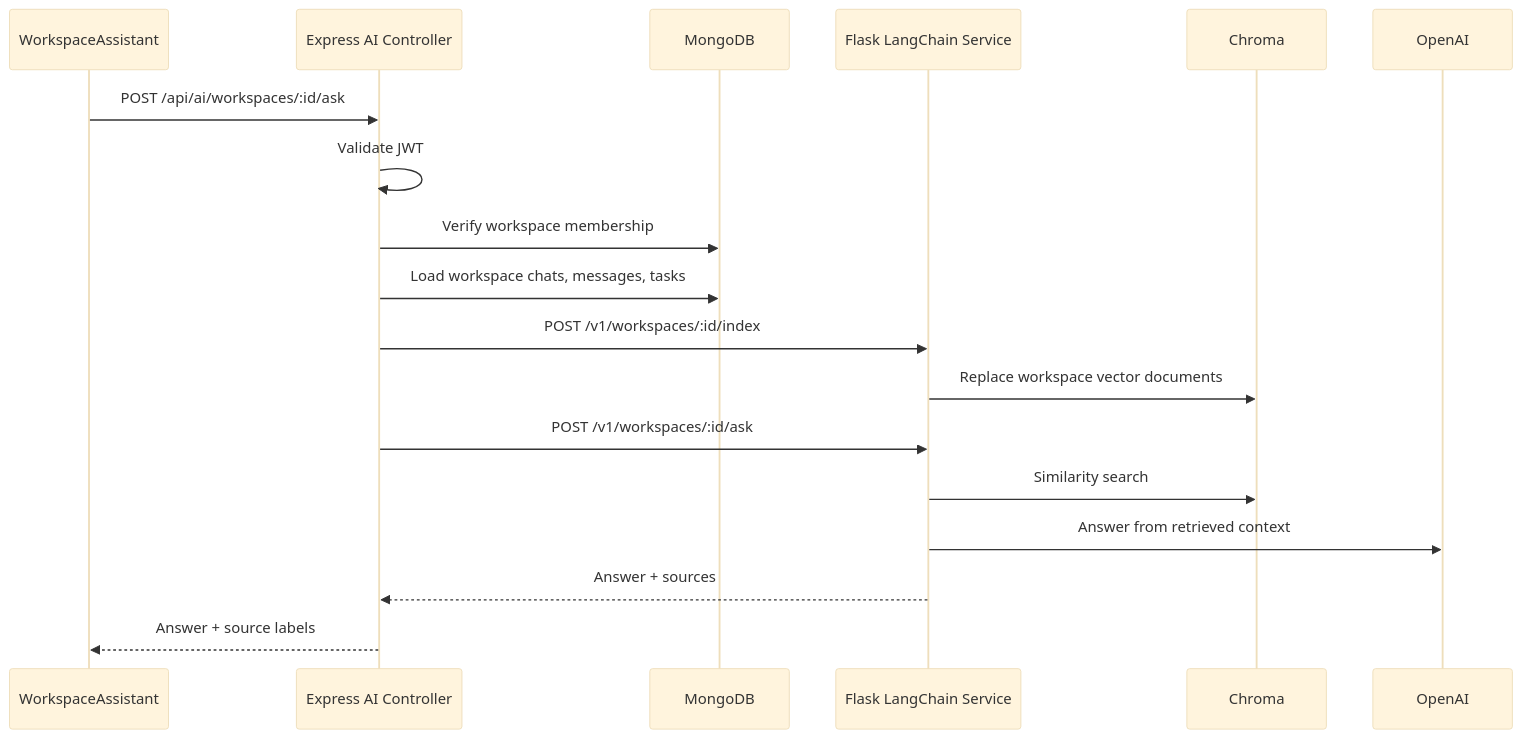
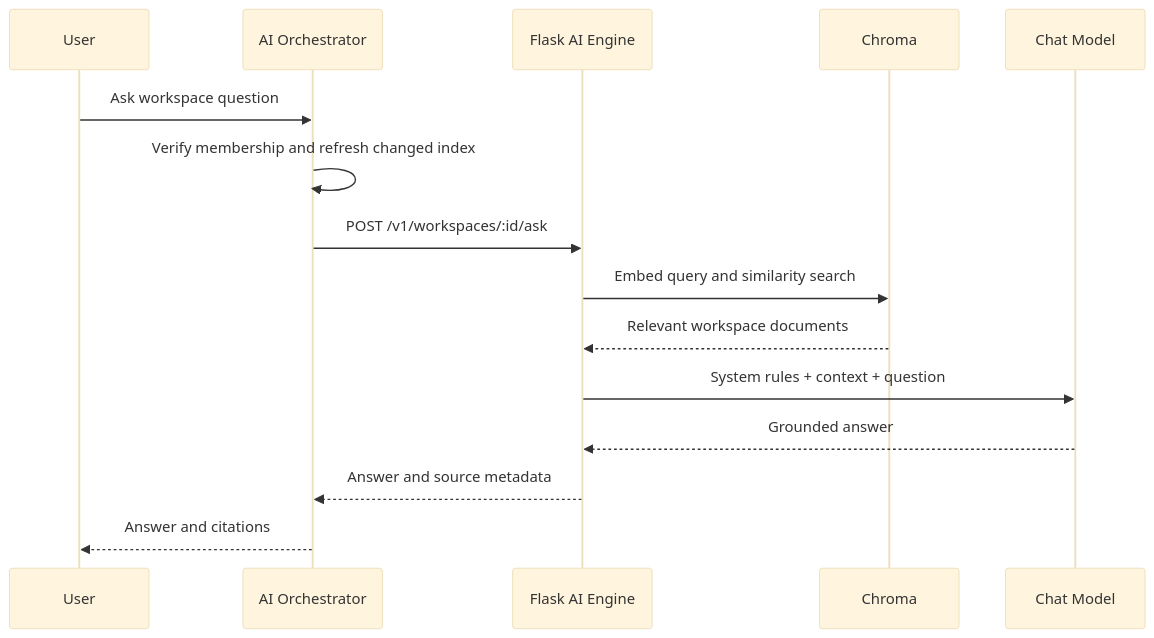
Before and after one commit to Akshanshkaushal/ComConnect: the fifth of 8 diagrams in docs/architecture-guide.md, drawn with Mermaid (base theme). The commit also changed other lines of this file and 86 other files, not shown here.

Commit message:
ui and architecture changes

````diff
--- a/docs/architecture-guide.md
+++ b/docs/architecture-guide.md
@@ -171,21 +221,18 @@
 ```mermaid
 sequenceDiagram
-  participant FE as WorkspaceAssistant
-  participant API as Express AI Controller
-  participant DB as MongoDB
-  participant AI as Flask LangChain Service
-  participant VDB as Chroma
-  participant LLM as OpenAI
+  participant U as User
+  participant O as AI Orchestrator
+  participant F as Flask AI Engine
+  participant V as Chroma
+  participant L as Chat Model
 
-  FE->>API: POST /api/ai/workspaces/:id/ask
-  API->>API: Validate JWT
-  API->>DB: Verify workspace membership
-  API->>DB: Load workspace chats, messages, tasks
-  API->>AI: POST /v1/workspaces/:id/index
-  AI->>VDB: Replace workspace vector documents
-  API->>AI: POST /v1/workspaces/:id/ask
-  AI->>VDB: Similarity search
-  AI->>LLM: Answer from retrieved context
-  AI-->>API: Answer + sources
-  API-->>FE: Answer + source labels
+  U->>O: Ask workspace question
+  O->>O: Verify membership and refresh changed index
+  O->>F: POST /v1/workspaces/:id/ask
+  F->>V: Embed query and similarity search
+  V-->>F: Relevant workspace documents
+  F->>L: System rules + context + question
+  L-->>F: Grounded answer
+  F-->>O: Answer and source metadata
+  O-->>U: Answer and citations
 ```
````
